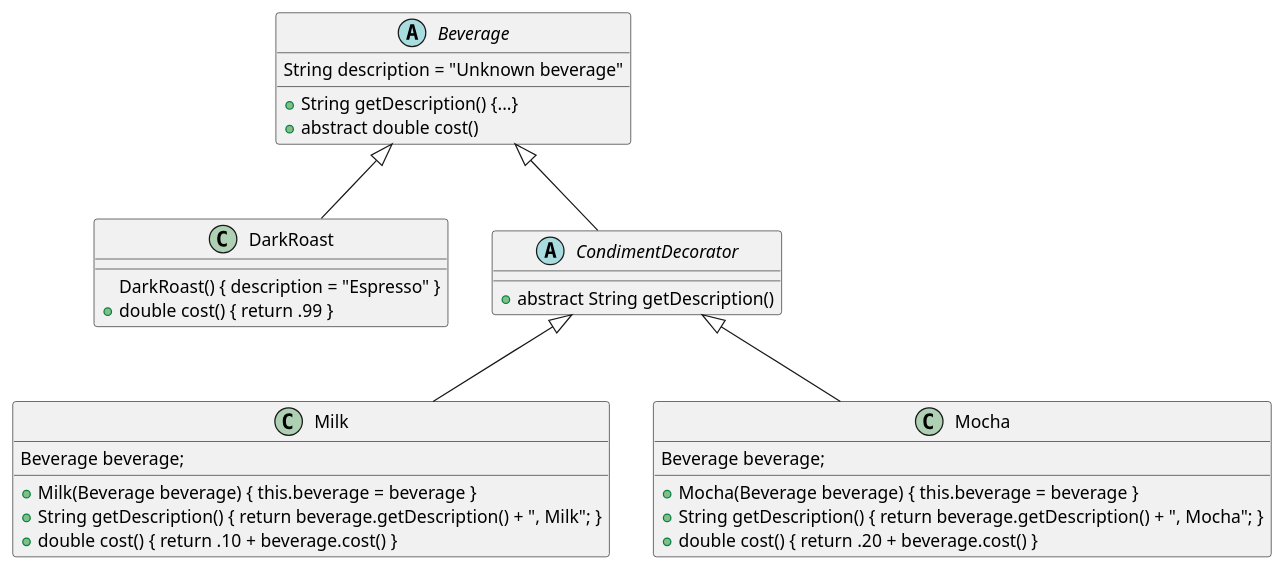
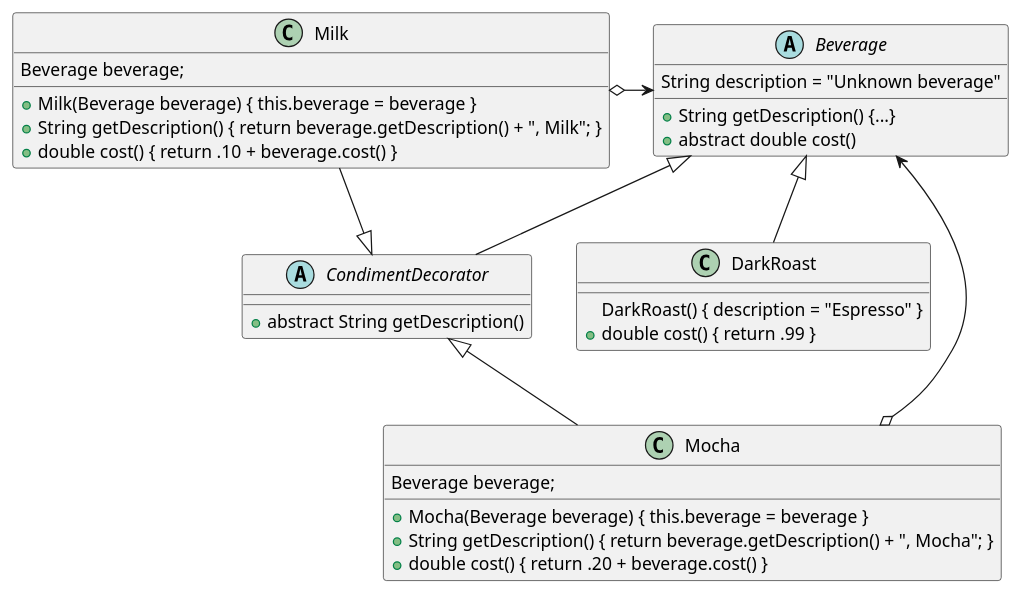
The diagram in UML/decorator.puml (azdanov/design-patterns), drawn with PlantUML before and after one commit. The commit also changed 5 other files, not shown here.

```diff
--- a/UML/decorator.puml
+++ b/UML/decorator.puml
@@ -1,32 +1,35 @@
 @startuml Decorator
 
 abstract class Beverage {
   {field} String description = "Unknown beverage"
   {method} + String getDescription() {...}
   {method} + abstract double cost()
 }
 
 class DarkRoast extends Beverage {
   {method} DarkRoast() { description = "Espresso" }
   {method} + double cost() { return .99 }
 }
 
 abstract class CondimentDecorator extends Beverage {
   {method} + abstract String getDescription()
 }
 
 class Milk extends CondimentDecorator {
   {field} Beverage beverage;
   {method} + Milk(Beverage beverage) { this.beverage = beverage }
   {method} + String getDescription() { return beverage.getDescription() + ", Milk"; }
   {method} + double cost() { return .10 + beverage.cost() }
 }
 
 class Mocha extends CondimentDecorator {
   {field} Beverage beverage;
   {method} + Mocha(Beverage beverage) { this.beverage = beverage }
   {method} + String getDescription() { return beverage.getDescription() + ", Mocha"; }
   {method} + double cost() { return .20 + beverage.cost() }
 }
 
+Milk o-> Beverage
+Mocha o-> Beverage
+
 @enduml
```
